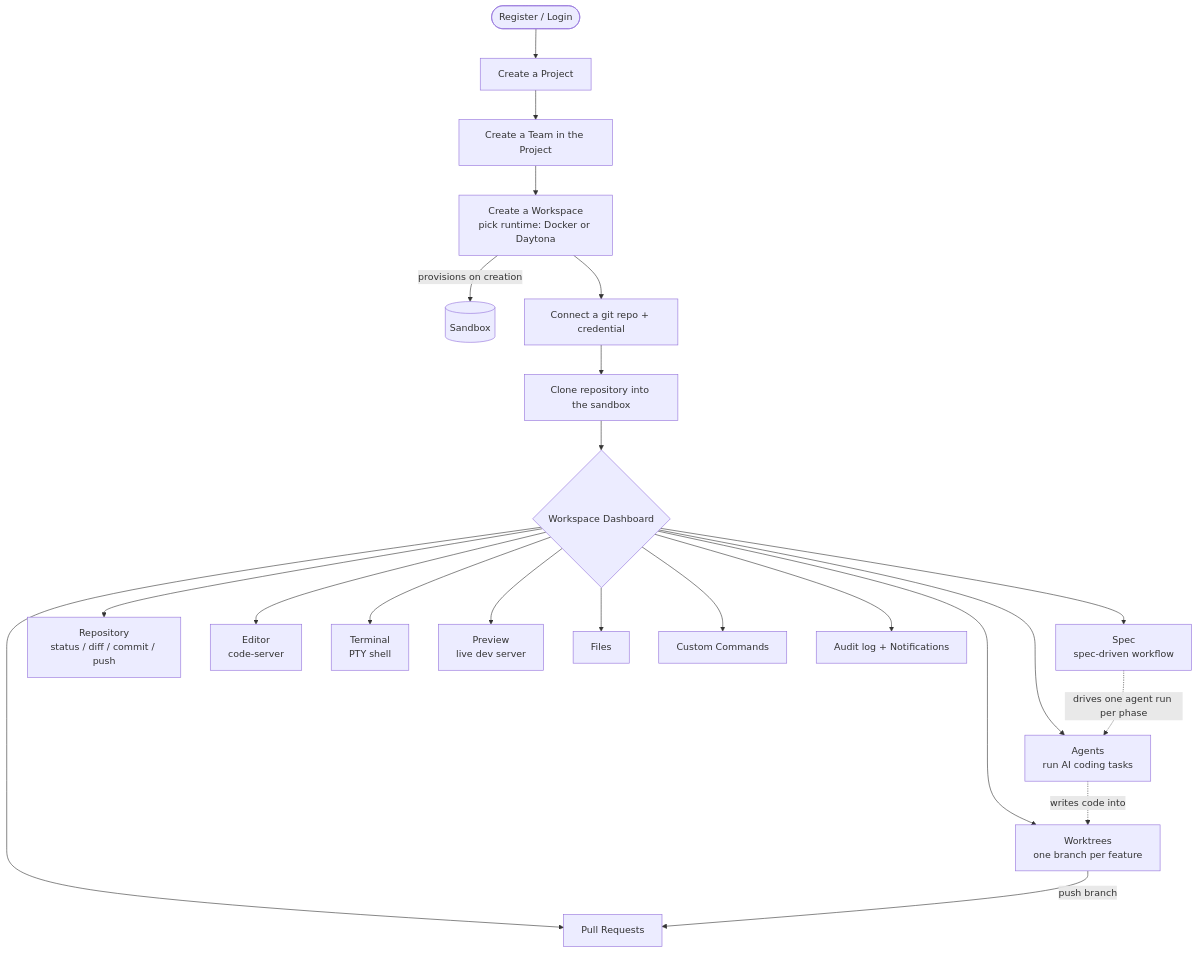
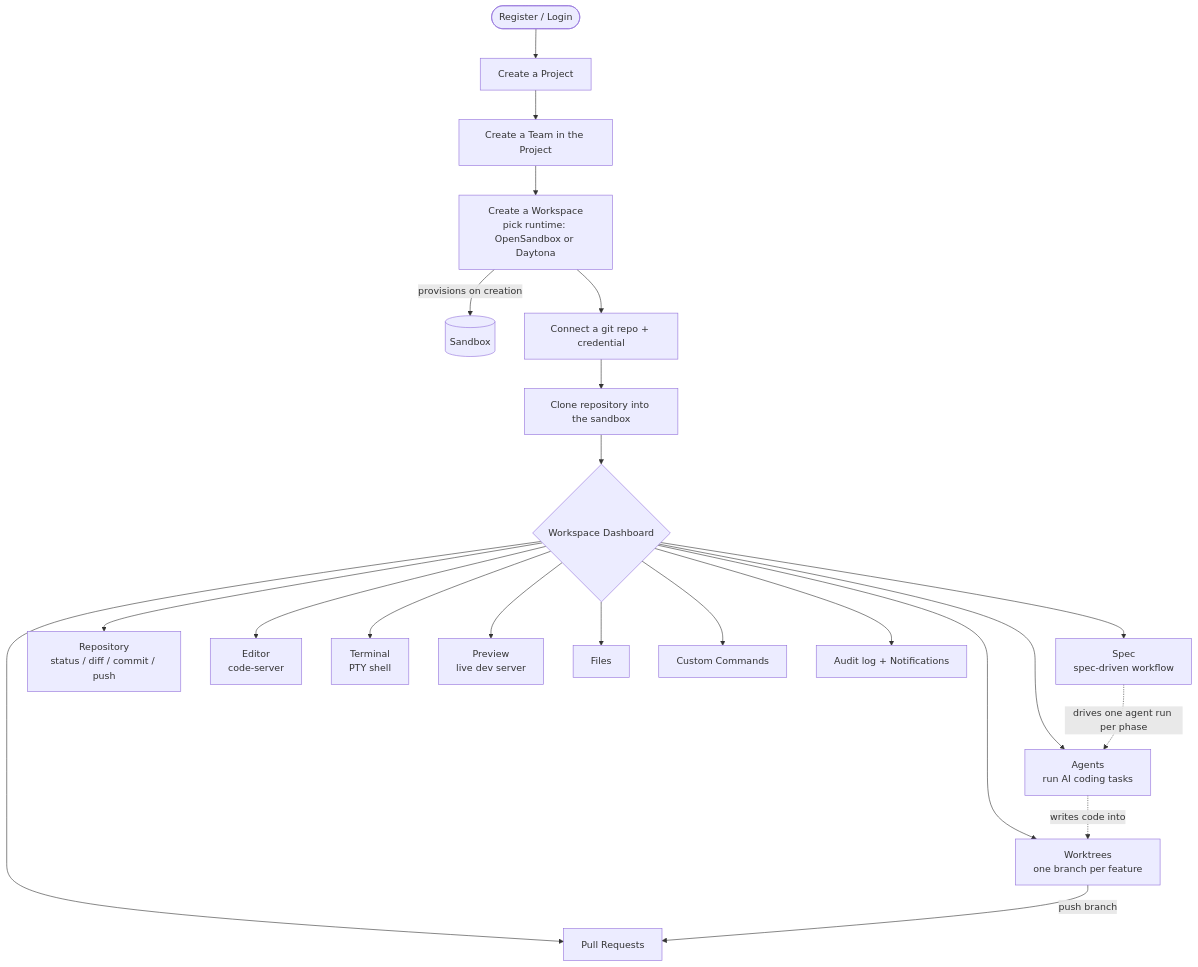
The first of 5 diagrams in README.md (ranggaaprilio/enigma), drawn with Mermaid before and after one commit. The commit also changed other lines of this file and 21 other files, not shown here.

First line of the commit message:
docs!: OpenSandbox-only self-host docs and v0.2.0

````diff
--- a/README.md
+++ b/README.md
@@ -83,26 +84,26 @@
 ```mermaid
 flowchart TD
     A([Register / Login]) --> B[Create a Project]
     B --> C[Create a Team in the Project]
-    C --> D[Create a Workspace<br/>pick runtime: Docker or Daytona]
+    C --> D[Create a Workspace<br/>pick runtime: OpenSandbox or Daytona]
     D -->|provisions on creation| S[(Sandbox)]
     D --> E[Connect a git repo + credential]
     E --> F[Clone repository into the sandbox]
     F --> G{Workspace Dashboard}
 
     G --> AG[Agents<br/>run AI coding tasks]
     G --> SP[Spec<br/>spec-driven workflow]
     G --> RP[Repository<br/>status / diff / commit / push]
     G --> WT[Worktrees<br/>one branch per feature]
     G --> PR[Pull Requests]
     G --> ED[Editor<br/>code-server]
     G --> TM[Terminal<br/>PTY shell]
     G --> PV[Preview<br/>live dev server]
     G --> FM[Files]
     G --> CC[Custom Commands]
     G --> AU[Audit log + Notifications]
 
     SP -. drives one agent run per phase .-> AG
     AG -. writes code into .-> WT
     WT -->|push branch| PR
 ```
````
